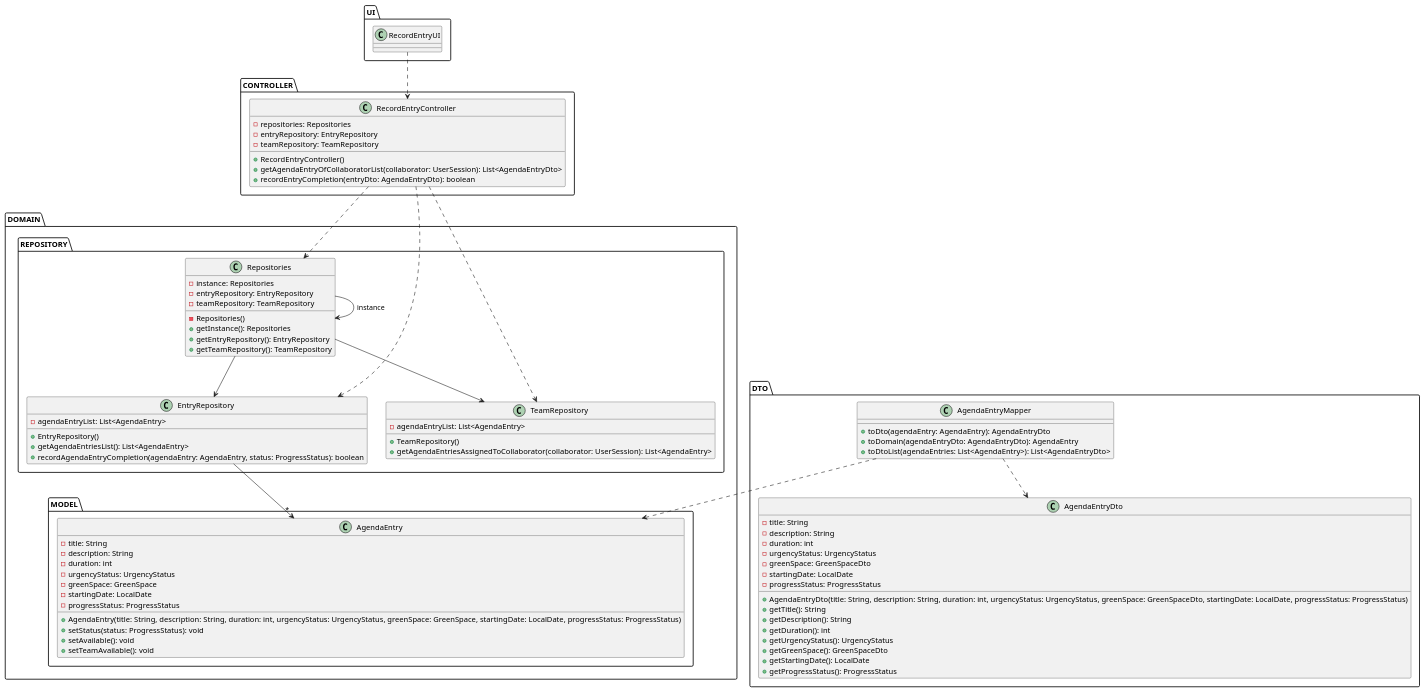
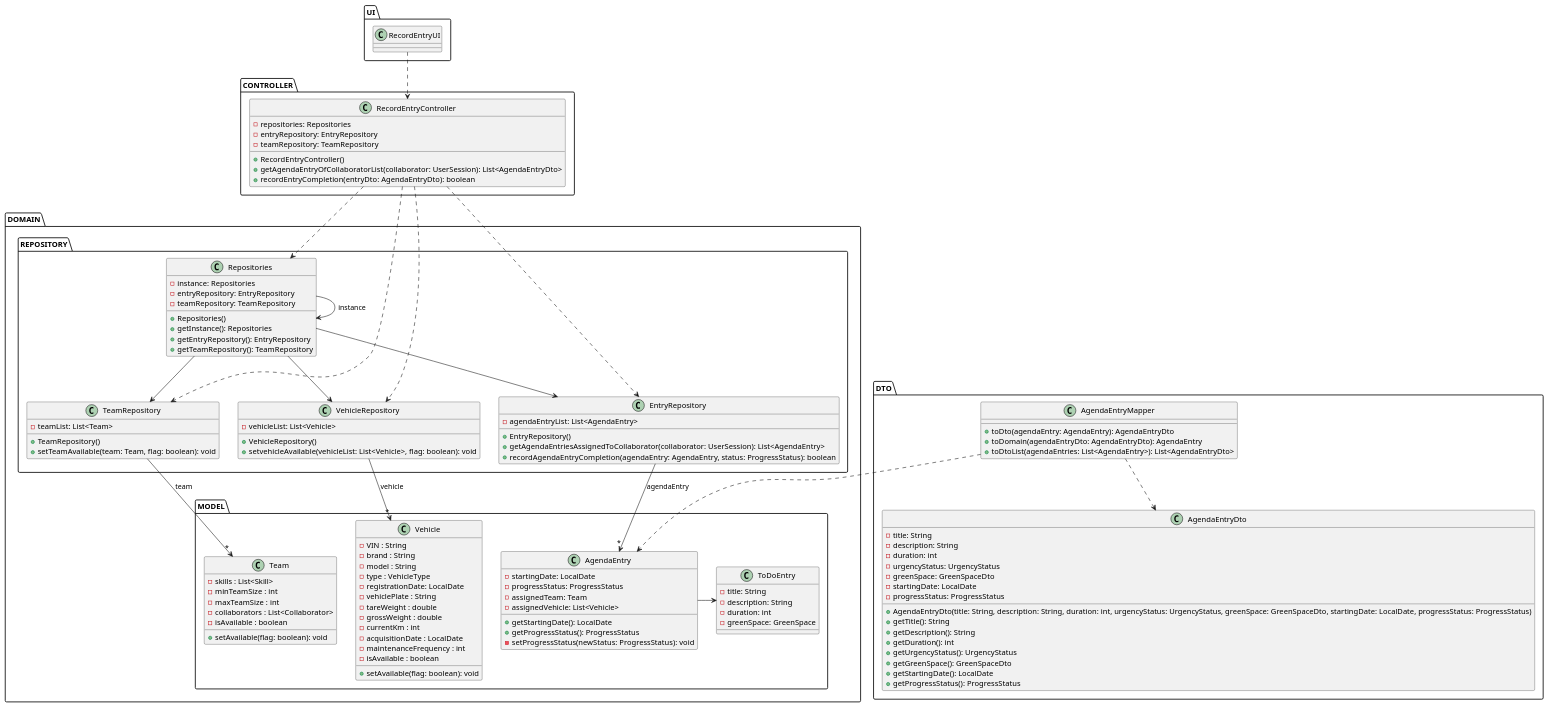
Before and after one commit to ricardomm7/leaflink: the diagram in docs/sprintC/us029/03.design/puml/us029-class-diagram.puml, drawn with PlantUML. The commit also changed 11 other files, not shown here.

```diff
--- a/docs/sprintC/us029/03.design/puml/us029-class-diagram.puml
+++ b/docs/sprintC/us029/03.design/puml/us029-class-diagram.puml
@@ -1,101 +1,143 @@
 @startuml
 skinparam shadowing false
 skinparam line type polyline
 
 package UI {
     class RecordEntryUI {
     }
 }
 
 package CONTROLLER {
     class RecordEntryController {
         - repositories: Repositories
         - entryRepository: EntryRepository
         - teamRepository: TeamRepository
         + RecordEntryController()
         + getAgendaEntryOfCollaboratorList(collaborator: UserSession): List<AgendaEntryDto>
         + recordEntryCompletion(entryDto: AgendaEntryDto): boolean
     }
 }
 
 package DOMAIN {
     package REPOSITORY {
         class Repositories {
             - instance: Repositories
             - entryRepository: EntryRepository
             - teamRepository: TeamRepository
-            - Repositories()
+            + Repositories()
             + getInstance(): Repositories
             + getEntryRepository(): EntryRepository
             + getTeamRepository(): TeamRepository
         }
 
         class EntryRepository {
             - agendaEntryList: List<AgendaEntry>
             + EntryRepository()
-            + getAgendaEntriesList(): List<AgendaEntry>
+            + getAgendaEntriesAssignedToCollaborator(collaborator: UserSession): List<AgendaEntry>
             + recordAgendaEntryCompletion(agendaEntry: AgendaEntry, status: ProgressStatus): boolean
         }
 
         class TeamRepository {
-            - agendaEntryList: List<AgendaEntry>
+            - teamList: List<Team>
             + TeamRepository()
-            + getAgendaEntriesAssignedToCollaborator(collaborator: UserSession): List<AgendaEntry>
+            + setTeamAvailable(team: Team, flag: boolean): void
+
+
+        }
+        class VehicleRepository {
+            - vehicleList: List<Vehicle>
+            + VehicleRepository()
+            + setvehicleAvailable(vehicleList: List<Vehicle>, flag: boolean): void
         }
     }
 
     package MODEL {
         class AgendaEntry {
+            - startingDate: LocalDate
+            - progressStatus: ProgressStatus
+            - assignedTeam: Team
+            - assignedVehicle: List<Vehicle>
+            + getStartingDate(): LocalDate
+            + getProgressStatus(): ProgressStatus
+            - setProgressStatus(newStatus: ProgressStatus): void
+        }
+
+        class ToDoEntry{
             - title: String
             - description: String
             - duration: int
-            - urgencyStatus: UrgencyStatus
             - greenSpace: GreenSpace
-            - startingDate: LocalDate
-            - progressStatus: ProgressStatus
-            + AgendaEntry(title: String, description: String, duration: int, urgencyStatus: UrgencyStatus, greenSpace: GreenSpace, startingDate: LocalDate, progressStatus: ProgressStatus)
-            + setStatus(status: ProgressStatus): void
-            + setAvailable(): void
-            + setTeamAvailable(): void
+        }
+
+        class Team {
+            - skills : List<Skill>
+            - minTeamSize : int
+            - maxTeamSize : int
+            - collaborators : List<Collaborator>
+            - isAvailable : boolean
+            + setAvailable(flag: boolean): void
+        }
+
+        class Vehicle {
+            - VIN : String
+            - brand : String
+            - model : String
+            - type : VehicleType
+            - registrationDate: LocalDate
+            - vehiclePlate : String
+            - tareWeight : double
+            - grossWeight : double
+            - currentKm : int
+            - acquisitionDate : LocalDate
+            - maintenanceFrequency : int
+            - isAvailable : boolean
+            + setAvailable(flag: boolean): void
         }
     }
 }
     package DTO {
         class AgendaEntryMapper {
             + toDto(agendaEntry: AgendaEntry): AgendaEntryDto
             + toDomain(agendaEntryDto: AgendaEntryDto): AgendaEntry
             + toDtoList(agendaEntries: List<AgendaEntry>): List<AgendaEntryDto>
         }
 
         class AgendaEntryDto {
             - title: String
             - description: String
             - duration: int
             - urgencyStatus: UrgencyStatus
             - greenSpace: GreenSpaceDto
             - startingDate: LocalDate
             - progressStatus: ProgressStatus
             + AgendaEntryDto(title: String, description: String, duration: int, urgencyStatus: UrgencyStatus, greenSpace: GreenSpaceDto, startingDate: LocalDate, progressStatus: ProgressStatus)
             + getTitle(): String
             + getDescription(): String
             + getDuration(): int
             + getUrgencyStatus(): UrgencyStatus
             + getGreenSpace(): GreenSpaceDto
             + getStartingDate(): LocalDate
             + getProgressStatus(): ProgressStatus
         }
     }
 
 
 RecordEntryUI ..> RecordEntryController
+
 RecordEntryController ..> Repositories
 Repositories --> Repositories: instance
 RecordEntryController ..> EntryRepository
 RecordEntryController ..> TeamRepository
+RecordEntryController ..> VehicleRepository
 Repositories --> EntryRepository
 Repositories --> TeamRepository
-EntryRepository --> "*" AgendaEntry
+Repositories --> VehicleRepository
+EntryRepository --> "*" AgendaEntry: agendaEntry
+TeamRepository --> "*" Team: team
+VehicleRepository --> "*" Vehicle: vehicle
 AgendaEntryMapper ..> AgendaEntryDto
 AgendaEntryMapper ..> AgendaEntry
 
+AgendaEntry -> ToDoEntry
+
 @enduml
```
